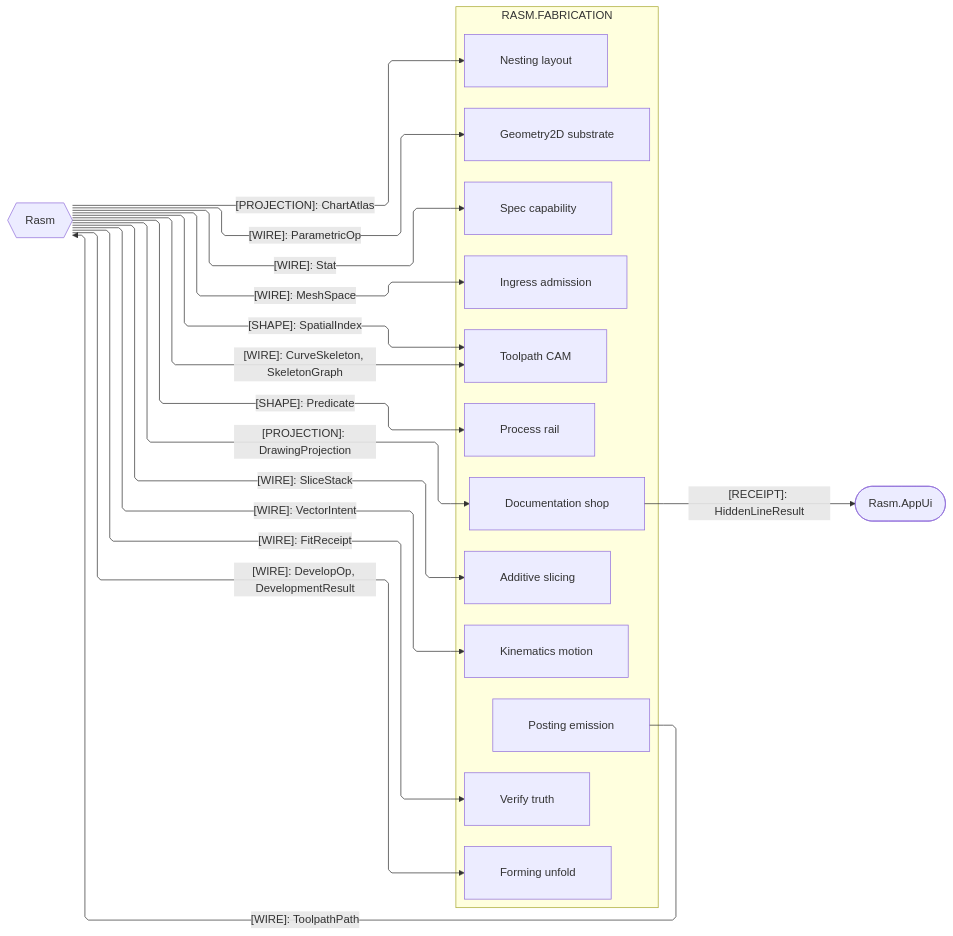
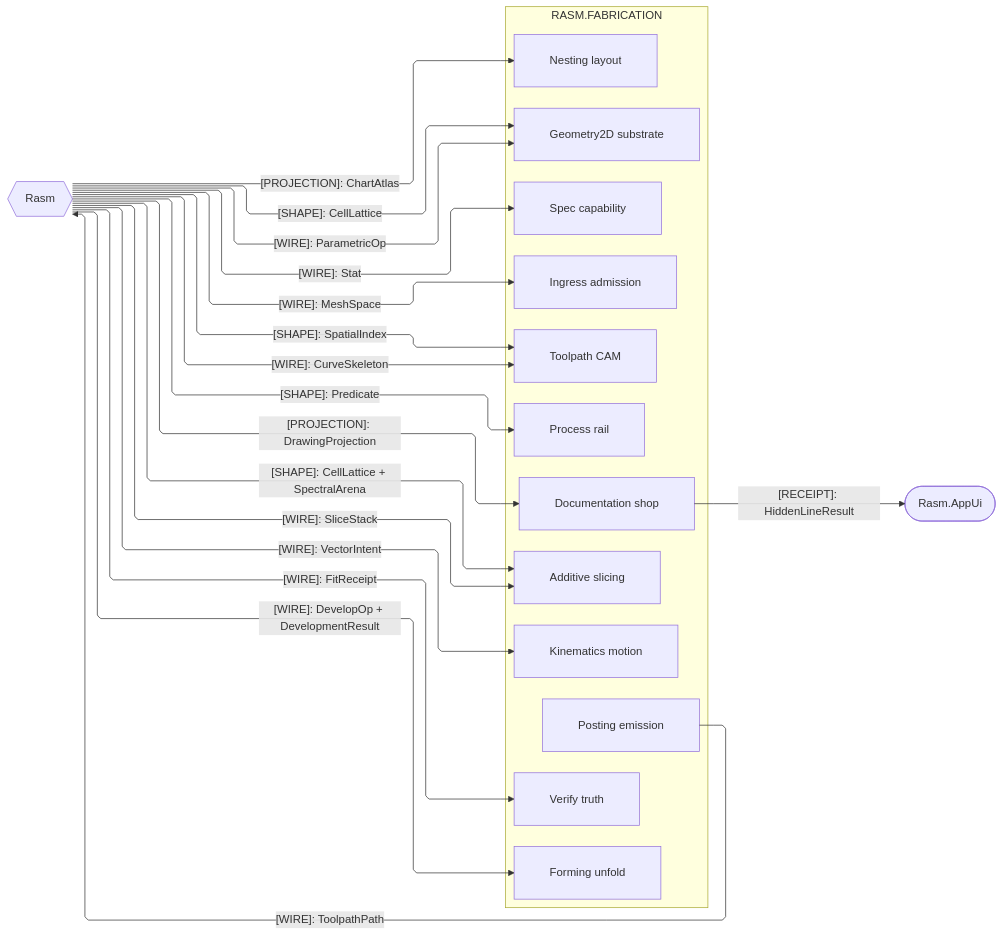
One commit to bsamiee/Rasm changed the third of 4 diagrams in libs/csharp/Rasm.Fabrication/ARCHITECTURE.md. Above: the diagram before and after it, drawn with Mermaid. The commit also changed other lines of this file and 115 other files, not shown here.

First line of the commit message:
Land the index-doc, cross-libs planning, and manifest delta

````diff
--- a/libs/csharp/Rasm.Fabrication/ARCHITECTURE.md
+++ b/libs/csharp/Rasm.Fabrication/ARCHITECTURE.md
@@ -243,42 +228,44 @@
 ```mermaid
 ---
 config:
   layout: elk
   flowchart:
     curve: linear
     padding: 25
 ---
 flowchart LR
     accTitle: Fabrication kernel and platform seams
-    accDescr: Fabrication sub-domain owners consuming kernel geometry from Rasm, publishing the toolpath pack back into it, and delivering the hidden-line receipt to the app-platform UI package, one labeled edge per contract family.
+    accDescr: Which contracts cross between Fabrication, the kernel geometry, and the app-platform UI, one labeled edge per family.
     subgraph fabrication[RASM.FABRICATION]
         Process[Process rail]
         Ingress[Ingress admission]
         Geometry2D[Geometry2D substrate]
         Toolpath[Toolpath CAM]
         Additive[Additive slicing]
         Forming[Forming unfold]
         Kinematics[Kinematics motion]
         Nesting[Nesting layout]
         Spec[Spec capability]
         Verify[Verify truth]
         Documentation[Documentation shop]
         Posting[Posting emission]
     end
     Rasm{{Rasm}}
     AppUi([Rasm.AppUi])
     Rasm e1@-->|"[SHAPE]: Predicate"| Process
     Rasm e2@-->|"[WIRE]: MeshSpace"| Ingress
     Rasm e3@-->|"[WIRE]: ParametricOp"| Geometry2D
-    Rasm e4@-->|"[WIRE]: CurveSkeleton, SkeletonGraph"| Toolpath
+    Rasm e4@-->|"[WIRE]: CurveSkeleton"| Toolpath
     Rasm e5@-->|"[WIRE]: SliceStack"| Additive
-    Rasm e6@-->|"[WIRE]: DevelopOp, DevelopmentResult"| Forming
+    Rasm e6@-->|"[WIRE]: DevelopOp + DevelopmentResult"| Forming
     Rasm e7@-->|"[WIRE]: VectorIntent"| Kinematics
-    Rasm e9@-->|"[PROJECTION]: ChartAtlas"| Nesting
-    Rasm e10@-->|"[WIRE]: Stat"| Spec
-    Rasm e11@-->|"[WIRE]: FitReceipt"| Verify
-    Rasm e12@-->|"[PROJECTION]: DrawingProjection"| Documentation
-    Posting e13@-->|"[WIRE]: ToolpathPath"| Rasm
-    Documentation e14@-->|"[RECEIPT]: HiddenLineResult"| AppUi
-    Rasm e15@-->|"[SHAPE]: SpatialIndex"| Toolpath
+    Rasm e8@-->|"[PROJECTION]: ChartAtlas"| Nesting
+    Rasm e9@-->|"[WIRE]: Stat"| Spec
+    Rasm e10@-->|"[WIRE]: FitReceipt"| Verify
+    Rasm e11@-->|"[PROJECTION]: DrawingProjection"| Documentation
+    Posting e12@-->|"[WIRE]: ToolpathPath"| Rasm
+    Documentation e13@-->|"[RECEIPT]: HiddenLineResult"| AppUi
+    Rasm e14@-->|"[SHAPE]: SpatialIndex"| Toolpath
+    Rasm e15@-->|"[SHAPE]: CellLattice + SpectralArena"| Additive
+    Rasm e16@-->|"[SHAPE]: CellLattice"| Geometry2D
 ```
````
